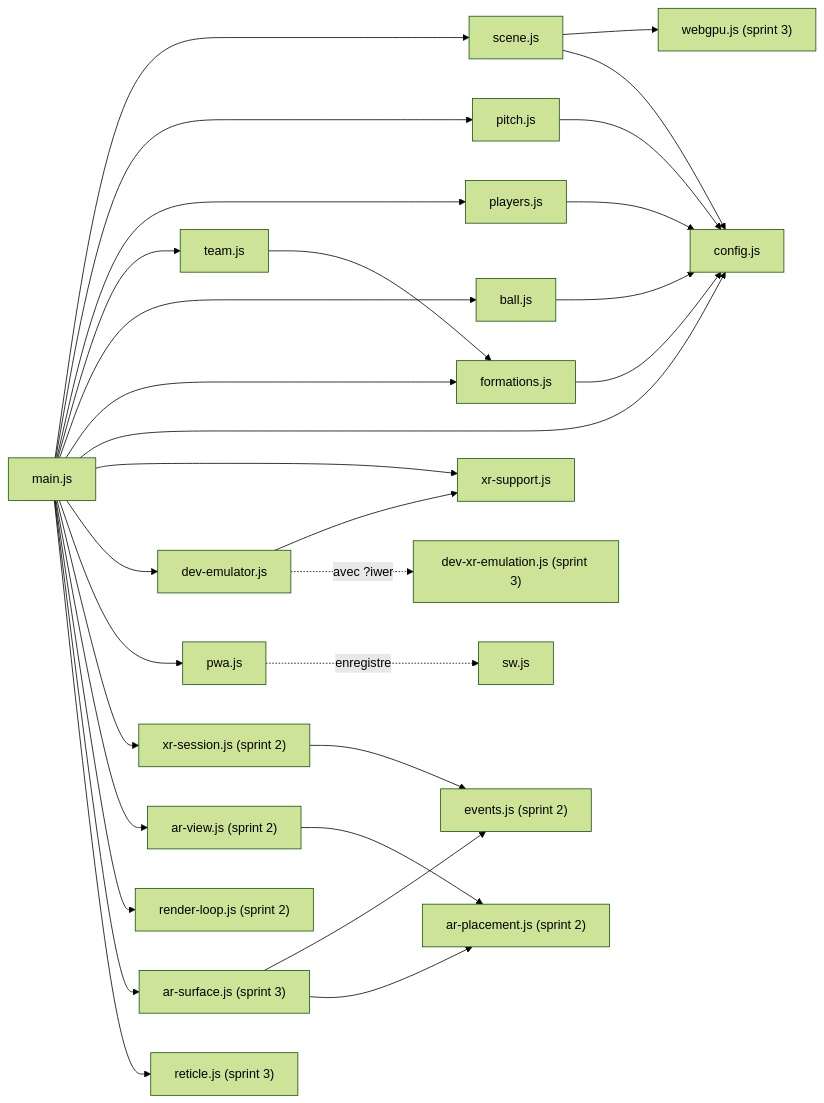
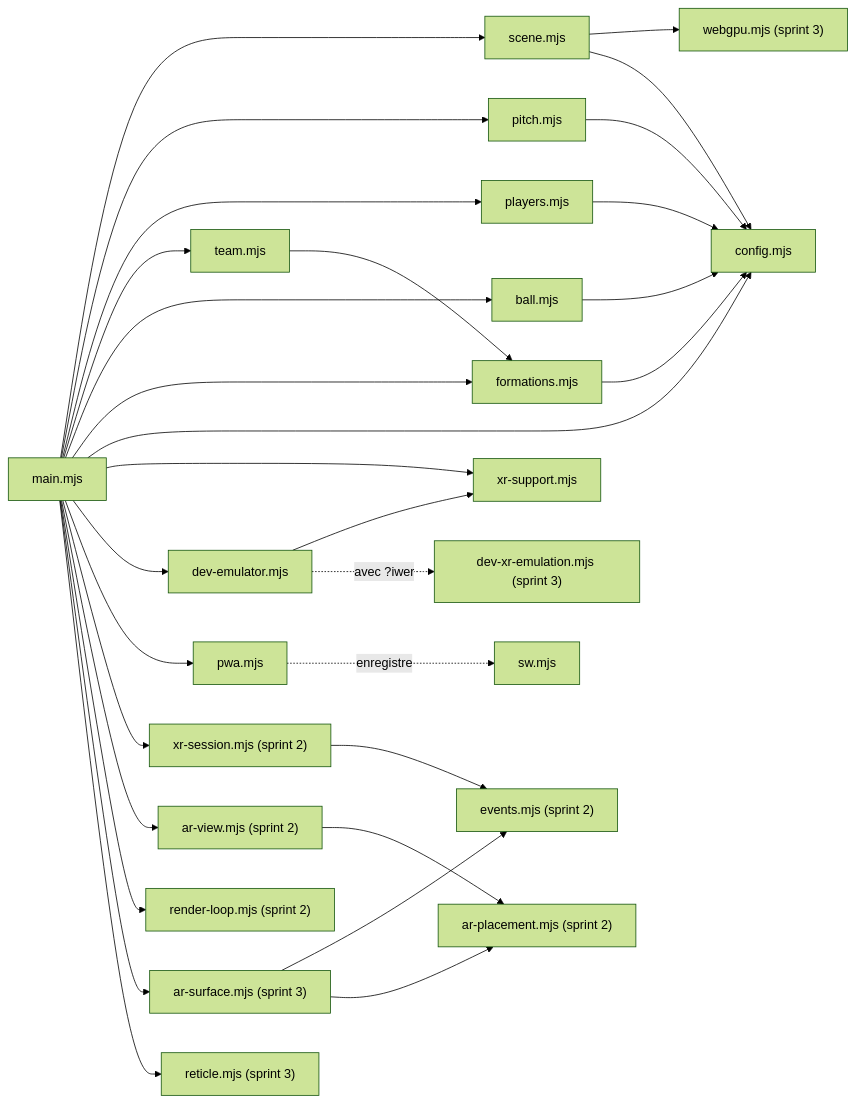
The second of 4 diagrams in docs/guide-du-code.md (bilelkhlif/footballsimulator), drawn with Mermaid (forest theme) before and after one commit. The commit also changed other lines of this file and 35 other files, not shown here.

````diff
--- a/docs/guide-du-code.md
+++ b/docs/guide-du-code.md
@@ -48,32 +50,32 @@
 ```mermaid
 flowchart LR
-  main["main.js"] --> scene["scene.js"]
-  main --> pitch["pitch.js"]
-  main --> players["players.js"]
-  main --> team["team.js"]
-  main --> ball["ball.js"]
-  main --> formations["formations.js"]
-  main --> config["config.js"]
-  main --> xr["xr-support.js"]
-  main --> emu["dev-emulator.js"]
-  main --> pwa["pwa.js"]
-  main --> session["xr-session.js (sprint 2)"]
-  main --> arview["ar-view.js (sprint 2)"]
-  main --> loop["render-loop.js (sprint 2)"]
-  main --> surface["ar-surface.js (sprint 3)"]
-  main --> reticle["reticle.js (sprint 3)"]
-  scene --> webgpu["webgpu.js (sprint 3)"]
-  session --> events["events.js (sprint 2)"]
+  main["main.mjs"] --> scene["scene.mjs"]
+  main --> pitch["pitch.mjs"]
+  main --> players["players.mjs"]
+  main --> team["team.mjs"]
+  main --> ball["ball.mjs"]
+  main --> formations["formations.mjs"]
+  main --> config["config.mjs"]
+  main --> xr["xr-support.mjs"]
+  main --> emu["dev-emulator.mjs"]
+  main --> pwa["pwa.mjs"]
+  main --> session["xr-session.mjs (sprint 2)"]
+  main --> arview["ar-view.mjs (sprint 2)"]
+  main --> loop["render-loop.mjs (sprint 2)"]
+  main --> surface["ar-surface.mjs (sprint 3)"]
+  main --> reticle["reticle.mjs (sprint 3)"]
+  scene --> webgpu["webgpu.mjs (sprint 3)"]
+  session --> events["events.mjs (sprint 2)"]
   surface --> events
   surface --> placement
-  arview --> placement["ar-placement.js (sprint 2)"]
+  arview --> placement["ar-placement.mjs (sprint 2)"]
   team --> formations
   emu --> xr
-  emu -. "avec ?iwer" .-> extras["dev-xr-emulation.js (sprint 3)"]
+  emu -. "avec ?iwer" .-> extras["dev-xr-emulation.mjs (sprint 3)"]
   scene --> config
   pitch --> config
   players --> config
   ball --> config
   formations --> config
-  pwa -. enregistre .-> sw["sw.js"]
+  pwa -. enregistre .-> sw["sw.mjs"]
 ```
````
